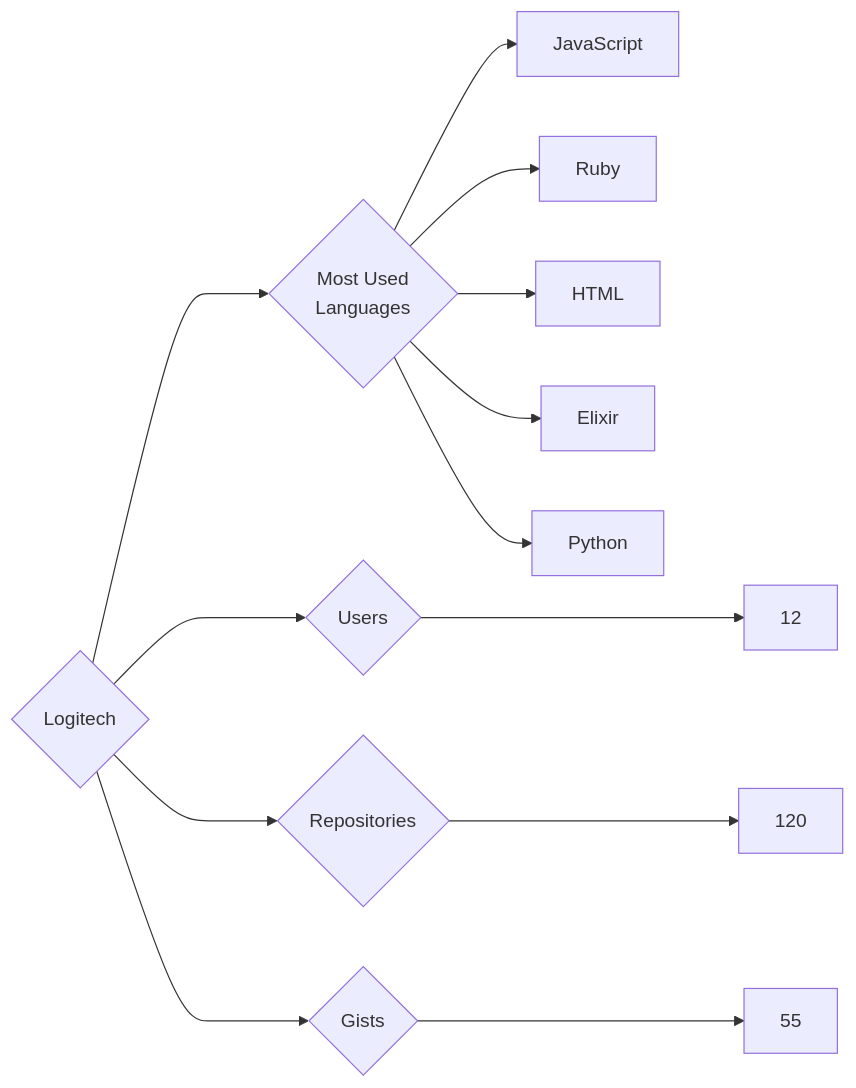
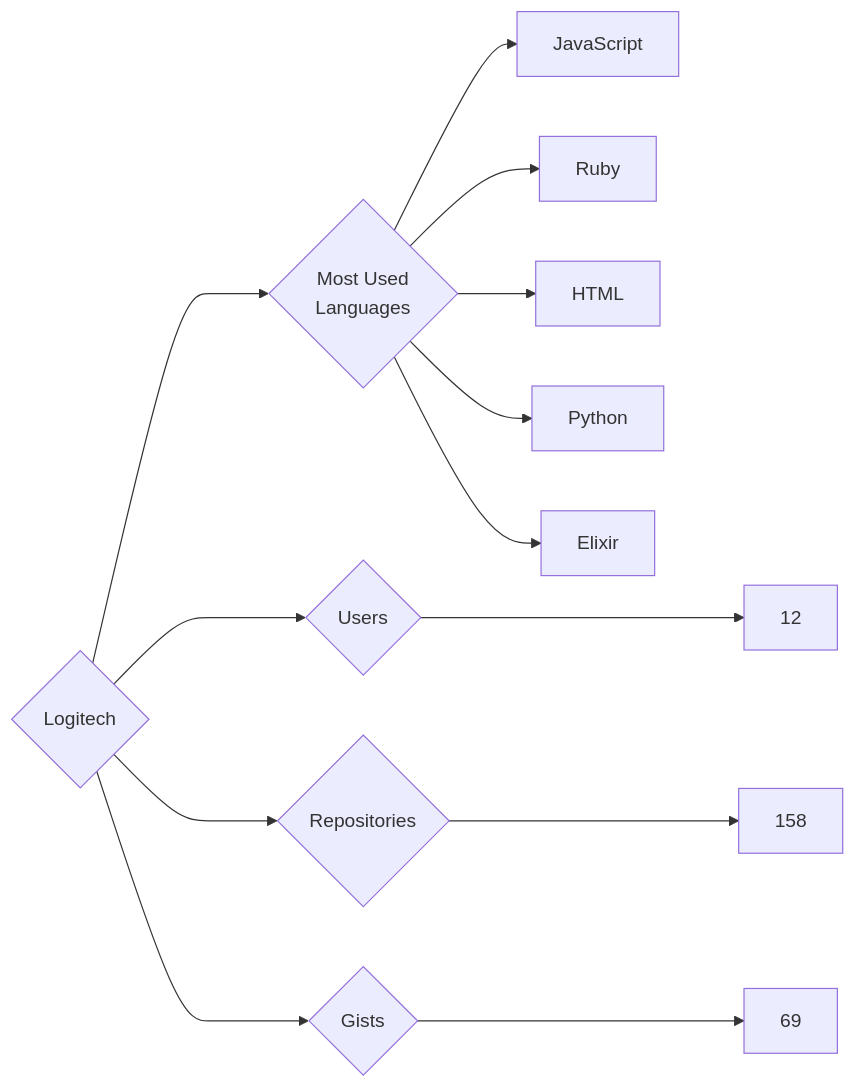
Before and after one commit to trickest/insiders: the diagram in targets/Logitech/README.md, drawn with Mermaid. The commit also changed 1479 other files, not shown here.

````diff
--- a/targets/Logitech/README.md
+++ b/targets/Logitech/README.md
@@ -3,13 +3,13 @@
 ```mermaid
 graph LR
 COMPANY_NAME{Logitech}
 COMPANY_NAME ---> U{Users} ---> UN[12]
-COMPANY_NAME ---> R{Repositories} ---> RN[120]
-COMPANY_NAME ---> G{Gists} ---> GN[55]
+COMPANY_NAME ---> R{Repositories} ---> RN[158]
+COMPANY_NAME ---> G{Gists} ---> GN[69]
 COMPANY_NAME ---> ML{Most Used<br>Languages}
 ML --> JavaScript[JavaScript]
 ML --> Ruby[Ruby]
 ML --> HTML[HTML]
+ML --> Python[Python]
 ML --> Elixir[Elixir]
-ML --> Python[Python]
 ```
````
